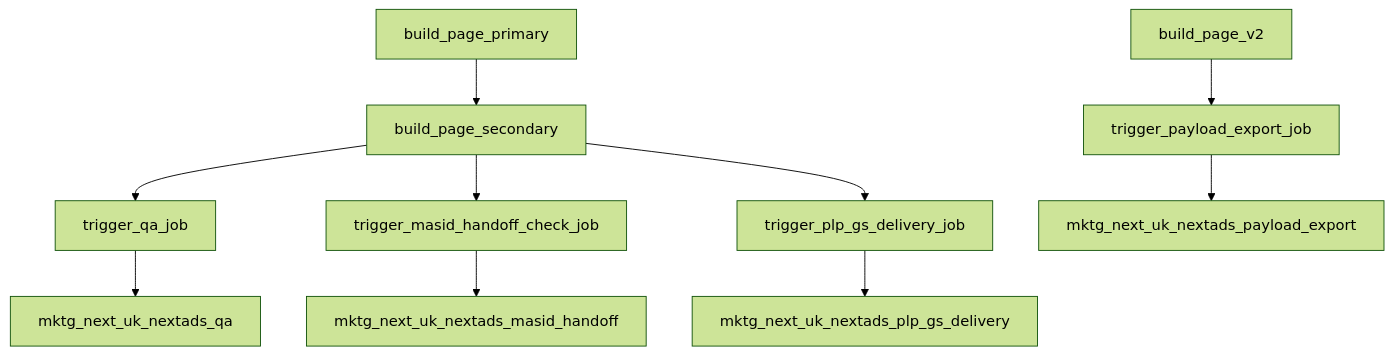
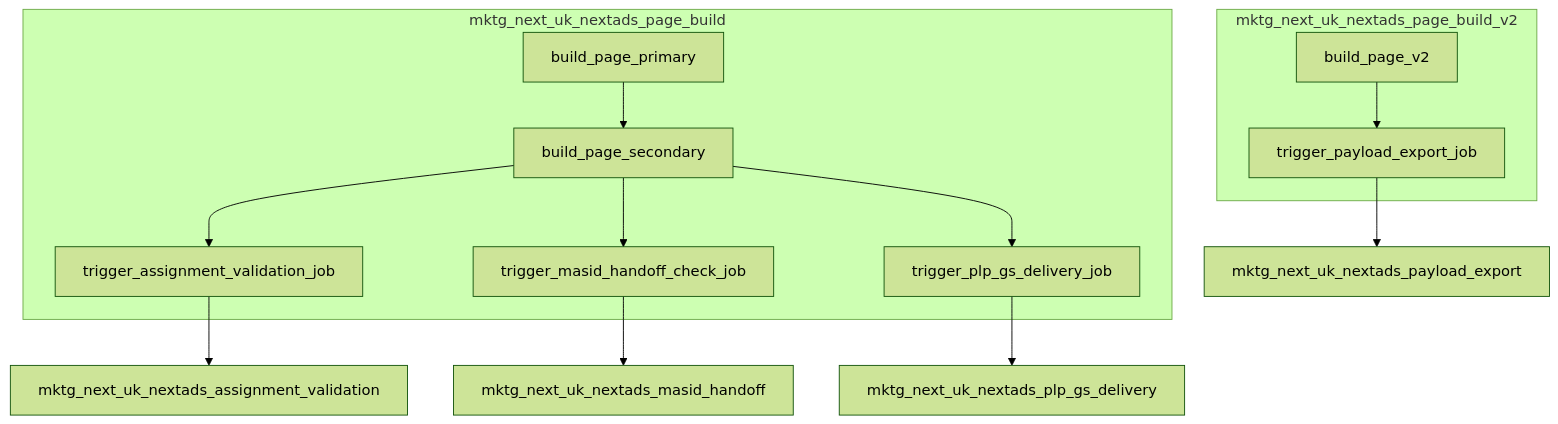
Before and after one commit to swblain-glyndwr/personal_project: the fourth of 8 diagrams in docs/CICD/nextads_databricks_runtime_map.md, drawn with Mermaid (forest theme). The commit also changed other lines of this file and 40 other files, not shown here.

````diff
--- a/docs/CICD/nextads_databricks_runtime_map.md
+++ b/docs/CICD/nextads_databricks_runtime_map.md
@@ -113,12 +133,16 @@
 ```mermaid
 flowchart TD
-  build_page_primary --> build_page_secondary
-  build_page_v2 --> trigger_payload_export_job
-  build_page_secondary --> trigger_qa_job
-  build_page_secondary --> trigger_masid_handoff_check_job
-  build_page_secondary --> trigger_plp_gs_delivery_job
-  trigger_qa_job --> qa["mktg_next_uk_nextads_qa"]
+  subgraph v1["mktg_next_uk_nextads_page_build"]
+    build_page_primary --> build_page_secondary
+    build_page_secondary --> trigger_assignment_validation_job
+    build_page_secondary --> trigger_masid_handoff_check_job
+    build_page_secondary --> trigger_plp_gs_delivery_job
+  end
+  subgraph v2["mktg_next_uk_nextads_page_build_v2"]
+    build_page_v2 --> trigger_payload_export_job
+  end
+  trigger_assignment_validation_job --> qa["mktg_next_uk_nextads_assignment_validation"]
   trigger_masid_handoff_check_job --> masid["mktg_next_uk_nextads_masid_handoff"]
   trigger_payload_export_job --> payload["mktg_next_uk_nextads_payload_export"]
   trigger_plp_gs_delivery_job --> plp["mktg_next_uk_nextads_plp_gs_delivery"]
 ```
````
